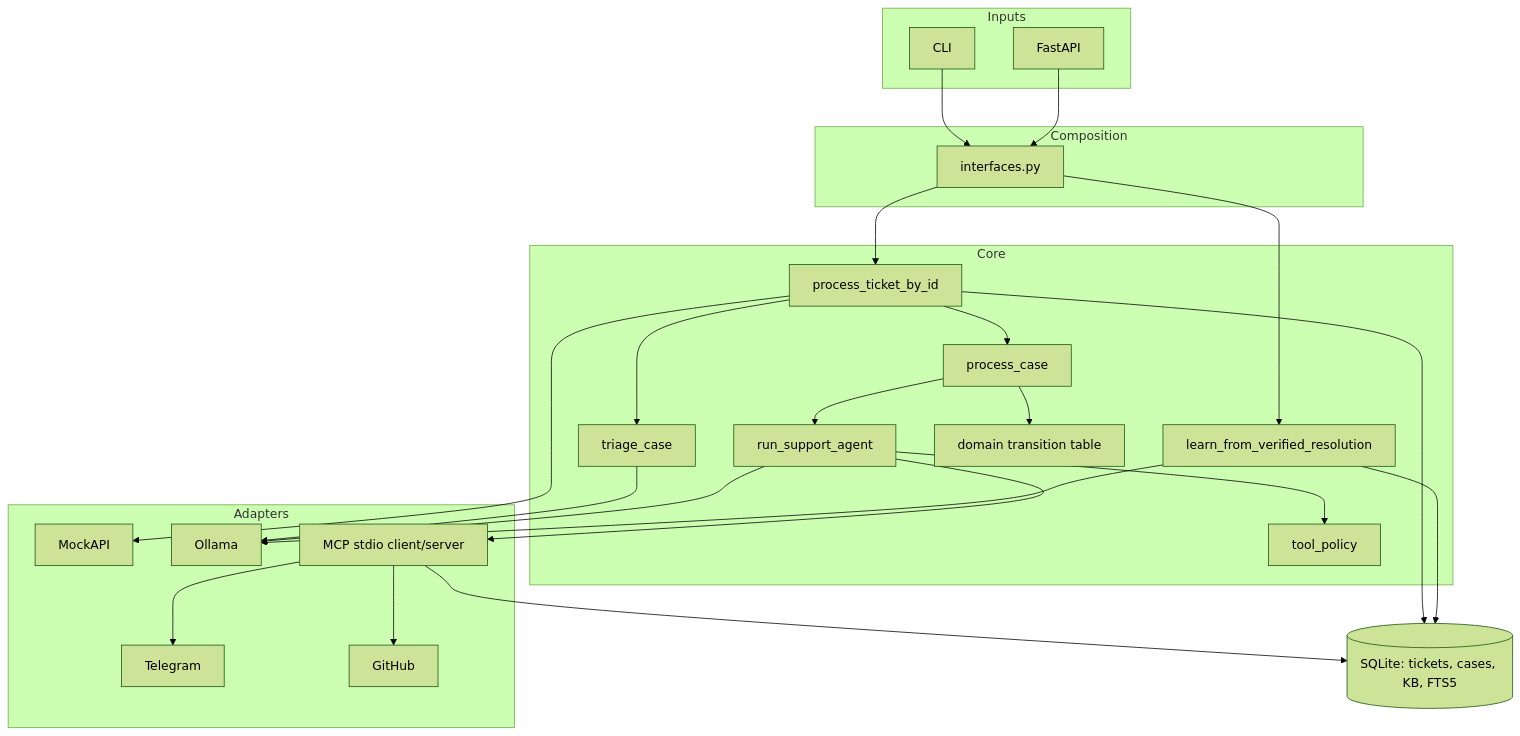
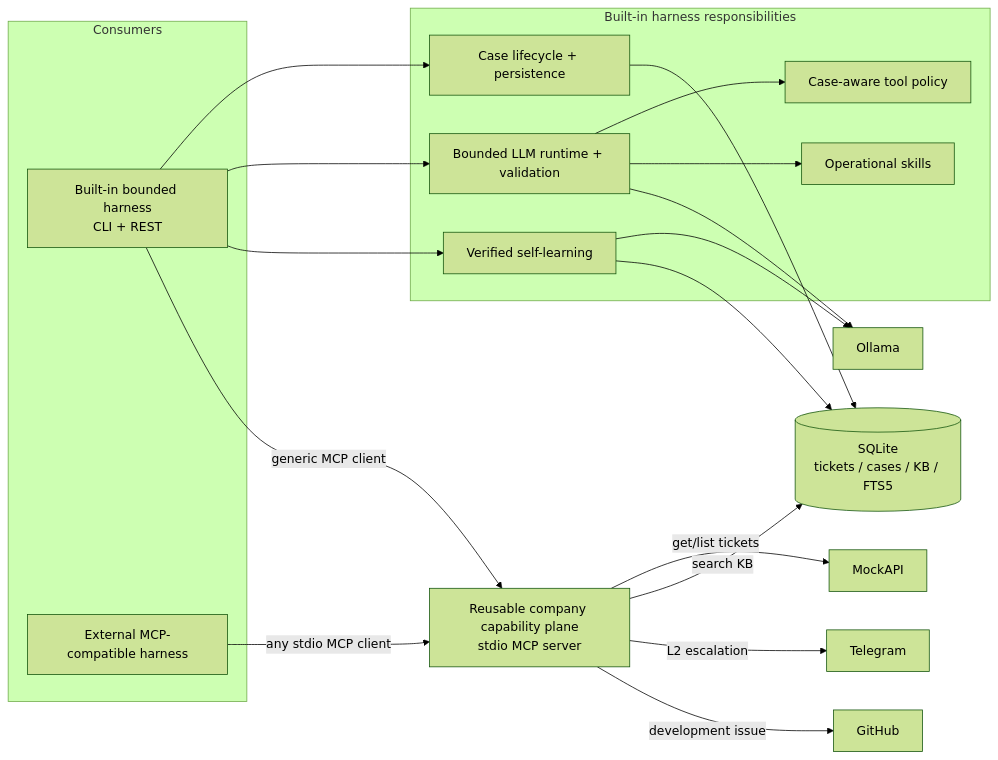
The first of 6 diagrams in docs/architecture.md (rddwnn/l1-support-agent), drawn with Mermaid (forest theme) before and after one commit. The commit also changed other lines of this file and 4 other files, not shown here.

Commit message:
docs: clarify harness and capability architecture

````diff
--- a/docs/architecture.md
+++ b/docs/architecture.md
@@ -7,47 +5,38 @@
 ```mermaid
-flowchart TB
-    subgraph Inputs
-        CLI
-        API[FastAPI]
+flowchart LR
+    subgraph Consumers
+        BuiltIn[Built-in bounded harness<br/>CLI + REST]
+        External[External MCP-compatible harness]
     end
-    subgraph Composition
-        Wiring[interfaces.py]
+
+    subgraph BuiltInOnly[Built-in harness responsibilities]
+        Lifecycle[Case lifecycle + persistence]
+        Policy[Case-aware tool policy]
+        Runtime[Bounded LLM runtime + validation]
+        Skills[Operational skills]
+        Learning[Verified self-learning]
     end
-    subgraph Core
-        E2E[process_ticket_by_id]
-        Triage[triage_case]
-        Process[process_case]
-        Runtime[run_support_agent]
-        Policy[tool_policy]
-        Learn[learn_from_verified_resolution]
-        State[domain transition table]
-    end
-    subgraph Adapters
-        MockAPI
-        Ollama
-        MCP[MCP stdio client/server]
-        Telegram
-        GitHub
-    end
-    SQLite[(SQLite: tickets, cases, KB, FTS5)]
 
-    CLI --> Wiring
-    API --> Wiring
-    Wiring --> E2E
-    Wiring --> Learn
-    E2E --> MockAPI
-    E2E --> Triage
-    E2E --> Process
-    Triage --> Ollama
-    Process --> Runtime
-    Process --> State
+    MCP[Reusable company capability plane<br/>stdio MCP server]
+    MockAPI[MockAPI]
+    SQLite[(SQLite<br/>tickets / cases / KB / FTS5)]
+    Telegram[Telegram]
+    GitHub[GitHub]
+    Ollama[Ollama]
+
+    BuiltIn --> Lifecycle
+    BuiltIn --> Runtime
     Runtime --> Policy
+    Runtime --> Skills
+    BuiltIn --> Learning
     Runtime --> Ollama
-    Runtime --> MCP
-    MCP --> SQLite
-    MCP --> Telegram
-    MCP --> GitHub
-    E2E --> SQLite
-    Learn --> SQLite
-    Learn --> Ollama
+    Learning --> Ollama
+    Lifecycle --> SQLite
+    Learning --> SQLite
+    BuiltIn -->|generic MCP client| MCP
+    External -->|any stdio MCP client| MCP
+    MCP -->|get/list tickets| MockAPI
+    MCP -->|search KB| SQLite
+    MCP -->|L2 escalation| Telegram
+    MCP -->|development issue| GitHub
 ```
````
